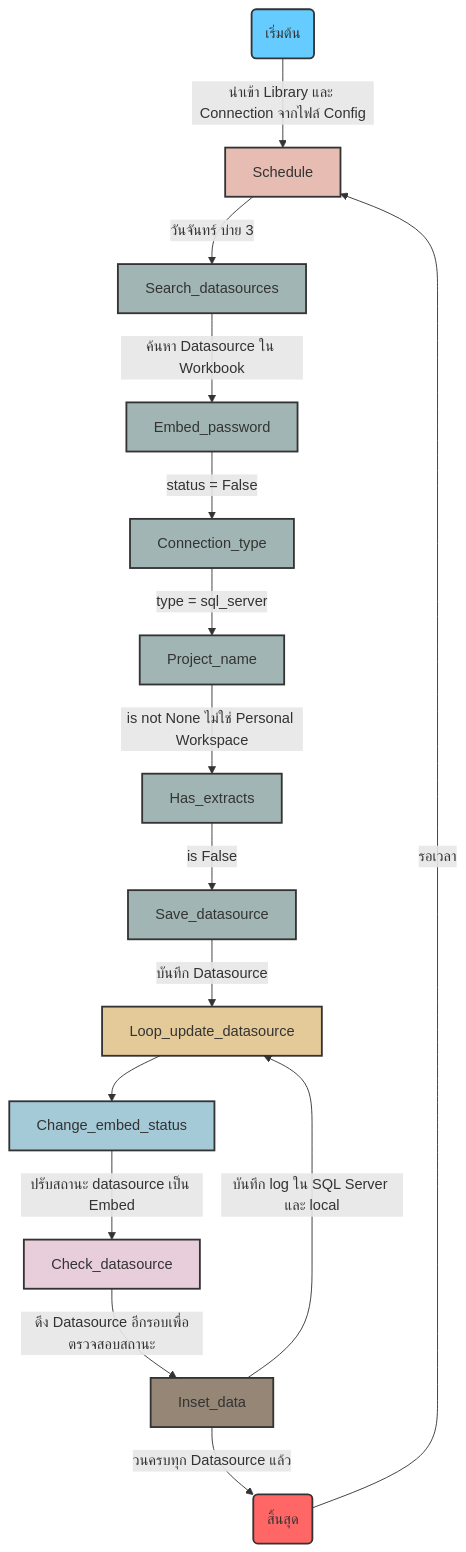
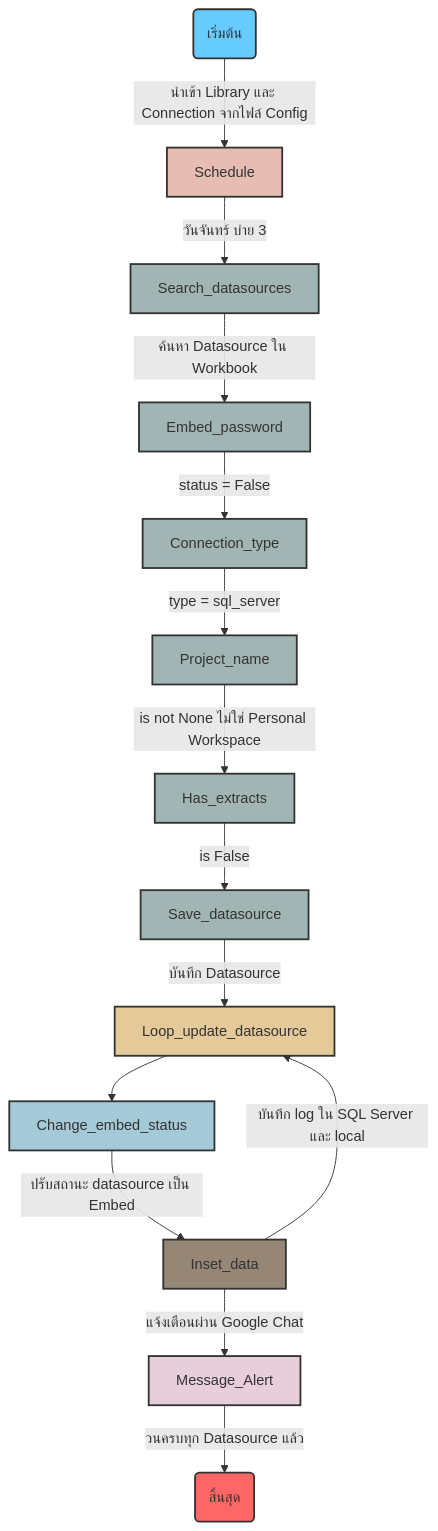
The diagram in change_embed_status/README.md (Burinboo256/Tableau-Admin-EcoSystem), drawn with Mermaid before and after one commit.

````diff
--- a/change_embed_status/README.md
+++ b/change_embed_status/README.md
@@ -3,35 +3,34 @@
 ```mermaid
 graph TD;
     Start(เริ่มต้น) -->|นำเข้า Library และ Connection จากไฟล์ Config|Schedule
     
     Schedule --> |วันจันทร์ บ่าย 3| Search_datasources
 
     Search_datasources --> |ค้นหา Datasource ใน Workbook| Embed_password
     Embed_password --> |status = False| Connection_type
     Connection_type --> |type = sql_server| Project_name
     Project_name --> |is not None ไม่ใช่ Personal Workspace|Has_extracts
     Has_extracts --> |is False|Save_datasource
     Save_datasource --> |บันทึก Datasource|Loop_update_datasource
     Loop_update_datasource -->Change_embed_status
-    Change_embed_status --> |ปรับสถานะ datasource เป็น Embed|Check_datasource
-    Check_datasource --> |ดึง Datasource อีกรอบเพื่อตรวจสอบสถานะ| Inset_data
+    Change_embed_status --> |ปรับสถานะ datasource เป็น Embed|Inset_data
     Inset_data --> |บันทึก log ใน SQL Server และ local| Loop_update_datasource
-    Inset_data -->|วนครบทุก Datasource แล้ว| End(สิ้นสุด)
-    End -->|รอเวลา| Schedule
+    Inset_data -->|แจ้งเตือนผ่าน Google Chat| Message_Alert
+    Message_Alert -->|วนครบทุก Datasource แล้ว| End(สิ้นสุด)
+
 
     style Start fill:#66ccff,stroke:#333,stroke-width:2px;
     style Schedule fill:#E7BDB3,stroke:#333,stroke-width:2px;
     style Search_datasources fill:#A1B6B4,stroke:#333,stroke-width:2px;
     style Embed_password fill:#A1B6B4,stroke:#333,stroke-width:2px;
     style Connection_type fill:#A1B6B4,stroke:#333,stroke-width:2px;
     style Project_name fill:#A1B6B4,stroke:#333,stroke-width:2px;
     style Has_extracts fill:#A1B6B4,stroke:#333,stroke-width:2px;
     style Save_datasource fill:#A1B6B4,stroke:#333,stroke-width:2px;
-
+    style Message_Alert fill:#E8CEDB,stroke:#333,stroke-width:2px;
     style Loop_update_datasource fill:#E4CA99,stroke:#333,stroke-width:2px;
     style Change_embed_status fill:#A4c9D7,stroke:#333,stroke-width:2px;
-    style Check_datasource fill:#E8CEDB,stroke:#333,stroke-width:2px;
     style Inset_data fill:#958676,stroke:#333,stroke-width:2px;
 
     style End fill:#ff6666,stroke:#333,stroke-width:2px;
 ```
````
